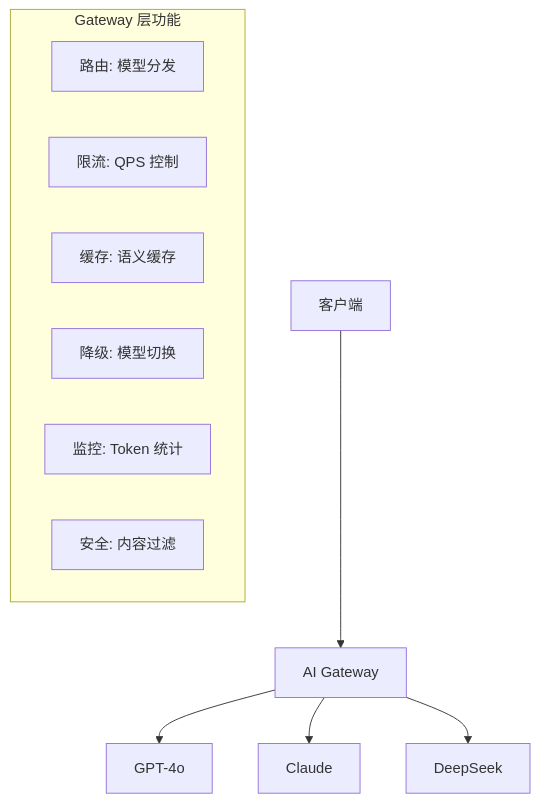
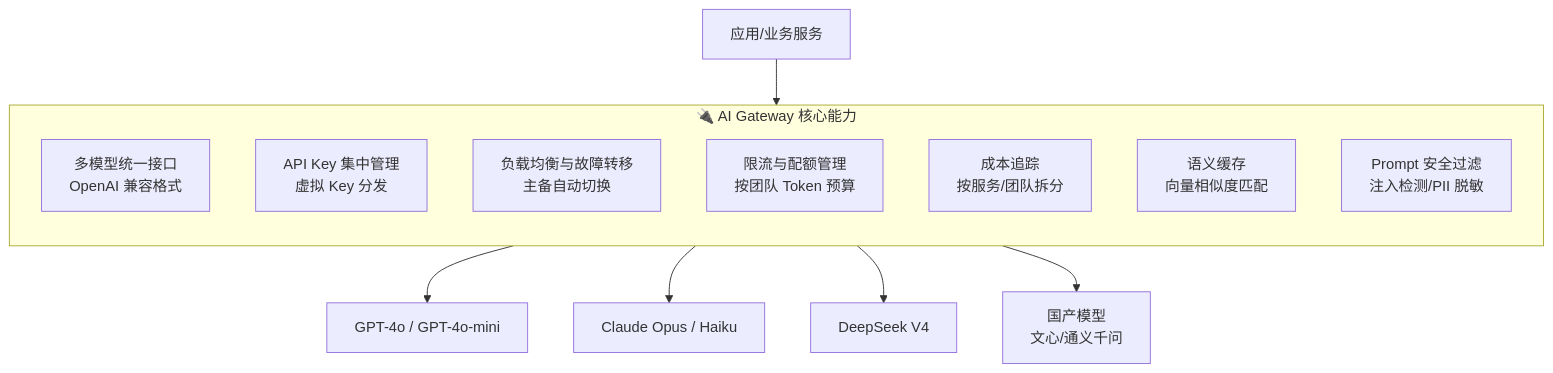
The seventh of 8 diagrams in S5-AI/11-工具协议篇.md (KMaybe01/common), drawn with Mermaid before and after one commit. The commit also changed other lines of this file and 4 other files, not shown here.

````diff
--- a/S5-AI/11-工具协议篇.md
+++ b/S5-AI/11-工具协议篇.md
@@ -316,17 +435,20 @@
 ```mermaid
 graph TB
-    Client["客户端"] --> Gateway["AI Gateway"]
+    Client["应用/业务服务"] --> Gateway["AI Gateway"]
     
-    subgraph Gateway 层功能
-        G1["路由: 模型分发"]
-        G2["限流: QPS 控制"]
-        G3["缓存: 语义缓存"]
-        G4["降级: 模型切换"]
-        G5["监控: Token 统计"]
-        G6["安全: 内容过滤"]
+    subgraph Gateway["🔌 AI Gateway 核心能力"]
+        direction TB
+        G1["多模型统一接口<br/>OpenAI 兼容格式"]
+        G2["API Key 集中管理<br/>虚拟 Key 分发"]
+        G3["负载均衡与故障转移<br/>主备自动切换"]
+        G4["限流与配额管理<br/>按团队 Token 预算"]
+        G5["成本追踪<br/>按服务/团队拆分"]
+        G6["语义缓存<br/>向量相似度匹配"]
+        G7["Prompt 安全过滤<br/>注入检测/PII 脱敏"]
     end
     
-    Gateway --> LLM1["GPT-4o"]
-    Gateway --> LLM2["Claude"]
-    Gateway --> LLM3["DeepSeek"]
+    Gateway --> LLM1["GPT-4o / GPT-4o-mini"]
+    Gateway --> LLM2["Claude Opus / Haiku"]
+    Gateway --> LLM3["DeepSeek V4"]
+    Gateway --> LLM4["国产模型<br/>文心/通义千问"]
 ```
````
